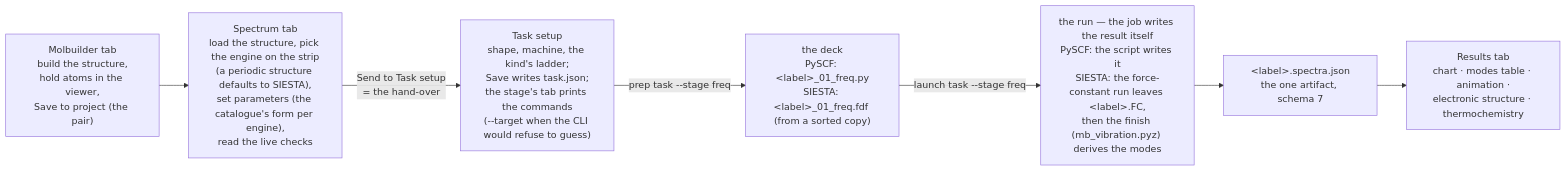
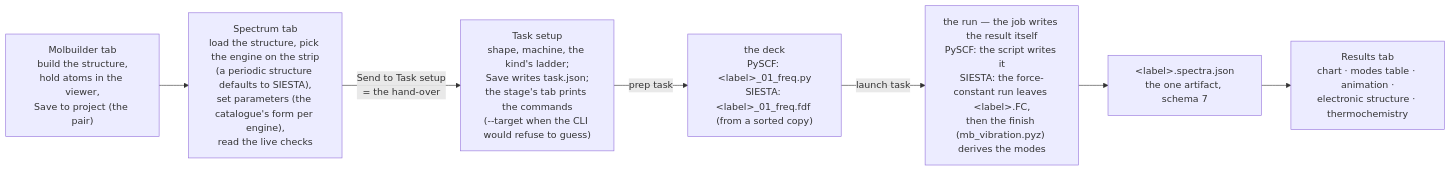
One commit to Qing-LAB/molbuilder changed the first of 2 diagrams in docs/engines/vibration.md. Above: the diagram before and after it, drawn with Mermaid. The commit also changed other lines of this file and 282 other files, not shown here.

````diff
--- a/docs/engines/vibration.md
+++ b/docs/engines/vibration.md
@@ -185,9 +185,9 @@
 ```mermaid
 flowchart LR
   M["Molbuilder tab<br/>build the structure,<br/>hold atoms in the viewer,<br/>Save to project (the pair)"] --> S["Spectrum tab<br/>load the structure, pick the engine on the strip<br/>(a periodic structure defaults to SIESTA),<br/>set parameters (the catalogue's form per engine),<br/>read the live checks"]
   S -->|"Send to Task setup<br/>= the hand-over"| T["Task setup<br/>shape, machine, the kind's ladder;<br/>Save writes task.json;<br/>the stage's tab prints the commands<br/>(--target when the CLI would refuse to guess)"]
-  T -->|"prep task --stage freq"| P["the deck<br/>PySCF: &lt;label&gt;_01_freq.py<br/>SIESTA: &lt;label&gt;_01_freq.fdf (from a sorted copy)"]
-  P -->|"launch task --stage freq"| R["the run — the job writes the result itself<br/>PySCF: the script writes it<br/>SIESTA: the force-constant run leaves &lt;label&gt;.FC,<br/>then the finish (mb_vibration.pyz) derives the modes"]
+  T -->|"prep task"| P["the deck<br/>PySCF: &lt;label&gt;_01_freq.py<br/>SIESTA: &lt;label&gt;_01_freq.fdf (from a sorted copy)"]
+  P -->|"launch task"| R["the run — the job writes the result itself<br/>PySCF: the script writes it<br/>SIESTA: the force-constant run leaves &lt;label&gt;.FC,<br/>then the finish (mb_vibration.pyz) derives the modes"]
   R --> A["&lt;label&gt;.spectra.json<br/>the one artifact, schema 7"]
   A --> V["Results tab<br/>chart · modes table · animation ·<br/>electronic structure · thermochemistry"]
 ```
````
